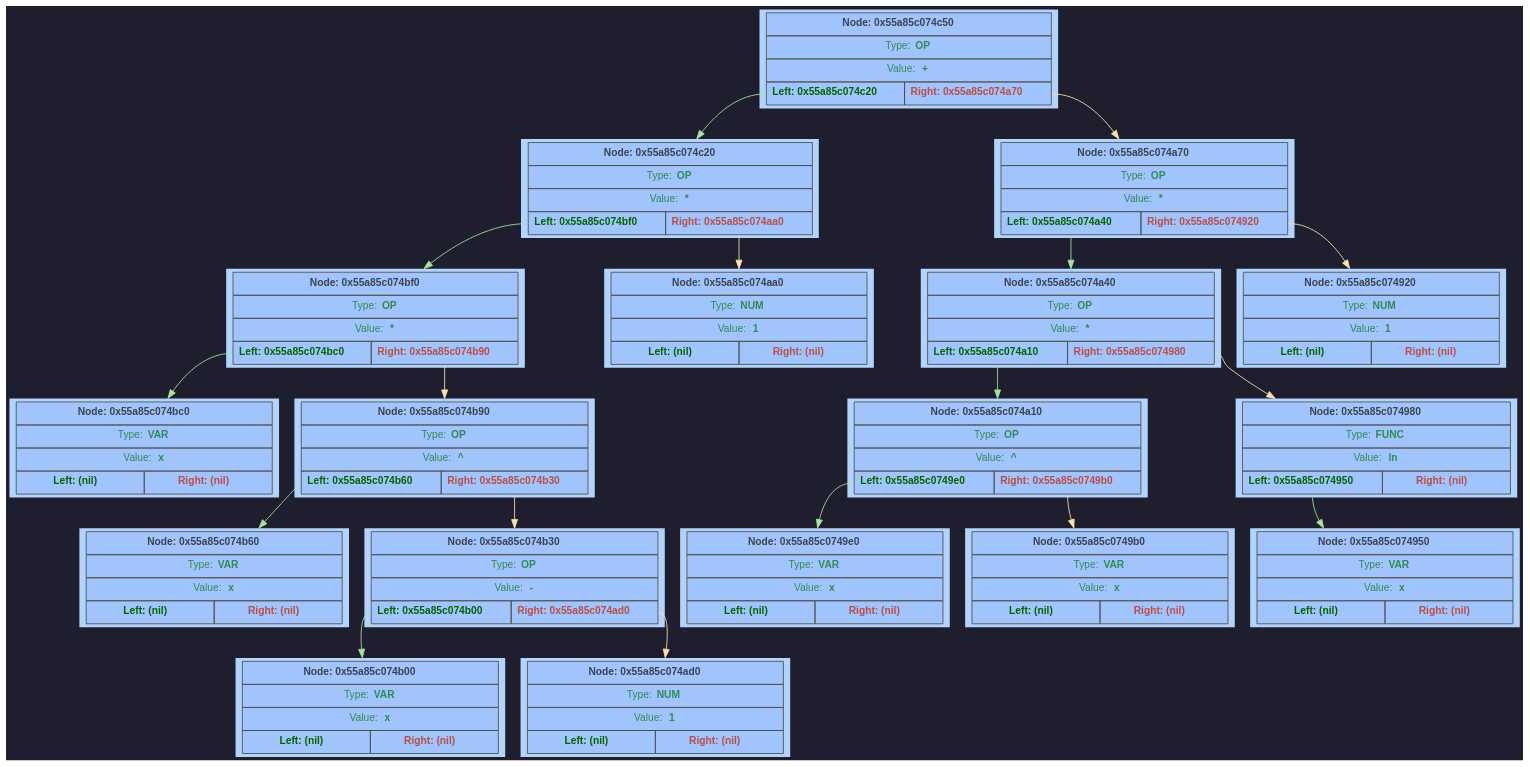
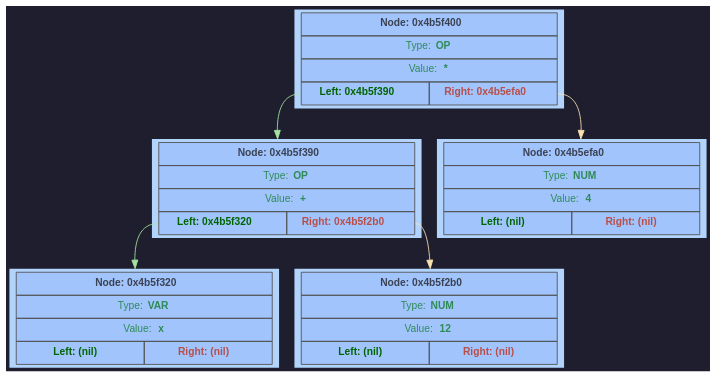
Before and after one commit to F1merhub/Differencator: the diagram in GraphDump/dump.dot, drawn with Graphviz. The commit also changed 35 other files, not shown here.

```diff
--- a/GraphDump/dump.dot
+++ b/GraphDump/dump.dot
@@ -2,39 +2,29 @@
 	rankdir = TB;
 	bgcolor="#1e1e2e";
 	node [shape=rectangle, style=filled, fontname=Helvetica, fontsize=12, fillcolor="#89b4fa", color="#cba6f7", fontcolor="#1e1e2e"];
-	node0x55a85c074c50 [shape=plaintext; style=filled; color="#fcf0d2"; fillcolor="#b2d4fc"; label = <
+	node0x4b5f400 [shape=plaintext; style=filled; color="#fcf0d2"; fillcolor="#b2d4fc"; label = <
 		<table BORDER="0" CELLBORDER="1" CELLSPACING="0" CELLPADDING="6" BGCOLOR="#a1c4fd" COLOR="#4f4f4f">
-			<tr><td align='center' colspan='2'><FONT COLOR='#3b4252'><b>Node: 0x55a85c074c50</b></FONT></td></tr>
+			<tr><td align='center' colspan='2'><FONT COLOR='#3b4252'><b>Node: 0x4b5f400</b></FONT></td></tr>
+			<tr><td align='center' colspan='2'><FONT COLOR='#2e8b57'>Type: <b>OP</b></FONT></td></tr>
+			<tr><td align='center' colspan='2'><FONT COLOR='#2e8b57'>Value: <b>*</b></FONT></td></tr>
+			<tr>
+				<td WIDTH='150' PORT='left' align='center'><FONT COLOR='#006400'><b>Left: 0x4b5f390</b></FONT></td>
+				<td WIDTH='150' PORT='right' align='center'><FONT COLOR='#b94e48'><b>Right: 0x4b5efa0</b></FONT></td>
+			</tr>
+		</table> >];
+	node0x4b5f390 [shape=plaintext; style=filled; color="#fcf0d2"; fillcolor="#b2d4fc"; label = <
+		<table BORDER="0" CELLBORDER="1" CELLSPACING="0" CELLPADDING="6" BGCOLOR="#a1c4fd" COLOR="#4f4f4f">
+			<tr><td align='center' colspan='2'><FONT COLOR='#3b4252'><b>Node: 0x4b5f390</b></FONT></td></tr>
 			<tr><td align='center' colspan='2'><FONT COLOR='#2e8b57'>Type: <b>OP</b></FONT></td></tr>
 			<tr><td align='center' colspan='2'><FONT COLOR='#2e8b57'>Value: <b>+</b></FONT></td></tr>
 			<tr>
-				<td WIDTH='150' PORT='left' align='center'><FONT COLOR='#006400'><b>Left: 0x55a85c074c20</b></FONT></td>
-				<td WIDTH='150' PORT='right' align='center'><FONT COLOR='#b94e48'><b>Right: 0x55a85c074a70</b></FONT></td>
+				<td WIDTH='150' PORT='left' align='center'><FONT COLOR='#006400'><b>Left: 0x4b5f320</b></FONT></td>
+				<td WIDTH='150' PORT='right' align='center'><FONT COLOR='#b94e48'><b>Right: 0x4b5f2b0</b></FONT></td>
 			</tr>
 		</table> >];
-	node0x55a85c074c20 [shape=plaintext; style=filled; color="#fcf0d2"; fillcolor="#b2d4fc"; label = <
+	node0x4b5f320 [shape=plaintext; style=filled; color="#fcf0d2"; fillcolor="#b2d4fc"; label = <
 		<table BORDER="0" CELLBORDER="1" CELLSPACING="0" CELLPADDING="6" BGCOLOR="#a1c4fd" COLOR="#4f4f4f">
-			<tr><td align='center' colspan='2'><FONT COLOR='#3b4252'><b>Node: 0x55a85c074c20</b></FONT></td></tr>
-			<tr><td align='center' colspan='2'><FONT COLOR='#2e8b57'>Type: <b>OP</b></FONT></td></tr>
-			<tr><td align='center' colspan='2'><FONT COLOR='#2e8b57'>Value: <b>*</b></FONT></td></tr>
-			<tr>
-				<td WIDTH='150' PORT='left' align='center'><FONT COLOR='#006400'><b>Left: 0x55a85c074bf0</b></FONT></td>
-				<td WIDTH='150' PORT='right' align='center'><FONT COLOR='#b94e48'><b>Right: 0x55a85c074aa0</b></FONT></td>
-			</tr>
-		</table> >];
-	node0x55a85c074bf0 [shape=plaintext; style=filled; color="#fcf0d2"; fillcolor="#b2d4fc"; label = <
-		<table BORDER="0" CELLBORDER="1" CELLSPACING="0" CELLPADDING="6" BGCOLOR="#a1c4fd" COLOR="#4f4f4f">
-			<tr><td align='center' colspan='2'><FONT COLOR='#3b4252'><b>Node: 0x55a85c074bf0</b></FONT></td></tr>
-			<tr><td align='center' colspan='2'><FONT COLOR='#2e8b57'>Type: <b>OP</b></FONT></td></tr>
-			<tr><td align='center' colspan='2'><FONT COLOR='#2e8b57'>Value: <b>*</b></FONT></td></tr>
-			<tr>
-				<td WIDTH='150' PORT='left' align='center'><FONT COLOR='#006400'><b>Left: 0x55a85c074bc0</b></FONT></td>
-				<td WIDTH='150' PORT='right' align='center'><FONT COLOR='#b94e48'><b>Right: 0x55a85c074b90</b></FONT></td>
-			</tr>
-		</table> >];
-	node0x55a85c074bc0 [shape=plaintext; style=filled; color="#fcf0d2"; fillcolor="#b2d4fc"; label = <
-		<table BORDER="0" CELLBORDER="1" CELLSPACING="0" CELLPADDING="6" BGCOLOR="#a1c4fd" COLOR="#4f4f4f">
-			<tr><td align='center' colspan='2'><FONT COLOR='#3b4252'><b>Node: 0x55a85c074bc0</b></FONT></td></tr>
+			<tr><td align='center' colspan='2'><FONT COLOR='#3b4252'><b>Node: 0x4b5f320</b></FONT></td></tr>
 			<tr><td align='center' colspan='2'><FONT COLOR='#2e8b57'>Type: <b>VAR</b></FONT></td></tr>
 			<tr><td align='center' colspan='2'><FONT COLOR='#2e8b57'>Value: <b>x</b></FONT></td></tr>
 			<tr>
@@ -42,161 +32,28 @@
 				<td WIDTH='150' PORT='right' align='center'><FONT COLOR='#b94e48'><b>Right: (nil)</b></FONT></td>
 			</tr>
 		</table> >];
-	node0x55a85c074bf0:left -> node0x55a85c074bc0 [color="#a6e3a1"]
-	node0x55a85c074b90 [shape=plaintext; style=filled; color="#fcf0d2"; fillcolor="#b2d4fc"; label = <
+	node0x4b5f390:left -> node0x4b5f320 [color="#a6e3a1"]
+	node0x4b5f2b0 [shape=plaintext; style=filled; color="#fcf0d2"; fillcolor="#b2d4fc"; label = <
 		<table BORDER="0" CELLBORDER="1" CELLSPACING="0" CELLPADDING="6" BGCOLOR="#a1c4fd" COLOR="#4f4f4f">
-			<tr><td align='center' colspan='2'><FONT COLOR='#3b4252'><b>Node: 0x55a85c074b90</b></FONT></td></tr>
-			<tr><td align='center' colspan='2'><FONT COLOR='#2e8b57'>Type: <b>OP</b></FONT></td></tr>
-			<tr><td align='center' colspan='2'><FONT COLOR='#2e8b57'>Value: <b>^</b></FONT></td></tr>
-			<tr>
-				<td WIDTH='150' PORT='left' align='center'><FONT COLOR='#006400'><b>Left: 0x55a85c074b60</b></FONT></td>
-				<td WIDTH='150' PORT='right' align='center'><FONT COLOR='#b94e48'><b>Right: 0x55a85c074b30</b></FONT></td>
-			</tr>
-		</table> >];
-	node0x55a85c074b60 [shape=plaintext; style=filled; color="#fcf0d2"; fillcolor="#b2d4fc"; label = <
-		<table BORDER="0" CELLBORDER="1" CELLSPACING="0" CELLPADDING="6" BGCOLOR="#a1c4fd" COLOR="#4f4f4f">
-			<tr><td align='center' colspan='2'><FONT COLOR='#3b4252'><b>Node: 0x55a85c074b60</b></FONT></td></tr>
-			<tr><td align='center' colspan='2'><FONT COLOR='#2e8b57'>Type: <b>VAR</b></FONT></td></tr>
-			<tr><td align='center' colspan='2'><FONT COLOR='#2e8b57'>Value: <b>x</b></FONT></td></tr>
+			<tr><td align='center' colspan='2'><FONT COLOR='#3b4252'><b>Node: 0x4b5f2b0</b></FONT></td></tr>
+			<tr><td align='center' colspan='2'><FONT COLOR='#2e8b57'>Type: <b>NUM</b></FONT></td></tr>
+			<tr><td align='center' colspan='2'><FONT COLOR='#2e8b57'>Value: <b>12</b></FONT></td></tr>
 			<tr>
 				<td WIDTH='150' PORT='left' align='center'><FONT COLOR='#006400'><b>Left: (nil)</b></FONT></td>
 				<td WIDTH='150' PORT='right' align='center'><FONT COLOR='#b94e48'><b>Right: (nil)</b></FONT></td>
 			</tr>
 		</table> >];
-	node0x55a85c074b90:left -> node0x55a85c074b60 [color="#a6e3a1"]
-	node0x55a85c074b30 [shape=plaintext; style=filled; color="#fcf0d2"; fillcolor="#b2d4fc"; label = <
+	node0x4b5f390:right -> node0x4b5f2b0 [color="#f9e2af"]
+	node0x4b5f400:left -> node0x4b5f390 [color="#a6e3a1"]
+	node0x4b5efa0 [shape=plaintext; style=filled; color="#fcf0d2"; fillcolor="#b2d4fc"; label = <
 		<table BORDER="0" CELLBORDER="1" CELLSPACING="0" CELLPADDING="6" BGCOLOR="#a1c4fd" COLOR="#4f4f4f">
-			<tr><td align='center' colspan='2'><FONT COLOR='#3b4252'><b>Node: 0x55a85c074b30</b></FONT></td></tr>
-			<tr><td align='center' colspan='2'><FONT COLOR='#2e8b57'>Type: <b>OP</b></FONT></td></tr>
-			<tr><td align='center' colspan='2'><FONT COLOR='#2e8b57'>Value: <b>-</b></FONT></td></tr>
-			<tr>
-				<td WIDTH='150' PORT='left' align='center'><FONT COLOR='#006400'><b>Left: 0x55a85c074b00</b></FONT></td>
-				<td WIDTH='150' PORT='right' align='center'><FONT COLOR='#b94e48'><b>Right: 0x55a85c074ad0</b></FONT></td>
-			</tr>
-		</table> >];
-	node0x55a85c074b00 [shape=plaintext; style=filled; color="#fcf0d2"; fillcolor="#b2d4fc"; label = <
-		<table BORDER="0" CELLBORDER="1" CELLSPACING="0" CELLPADDING="6" BGCOLOR="#a1c4fd" COLOR="#4f4f4f">
-			<tr><td align='center' colspan='2'><FONT COLOR='#3b4252'><b>Node: 0x55a85c074b00</b></FONT></td></tr>
-			<tr><td align='center' colspan='2'><FONT COLOR='#2e8b57'>Type: <b>VAR</b></FONT></td></tr>
-			<tr><td align='center' colspan='2'><FONT COLOR='#2e8b57'>Value: <b>x</b></FONT></td></tr>
+			<tr><td align='center' colspan='2'><FONT COLOR='#3b4252'><b>Node: 0x4b5efa0</b></FONT></td></tr>
+			<tr><td align='center' colspan='2'><FONT COLOR='#2e8b57'>Type: <b>NUM</b></FONT></td></tr>
+			<tr><td align='center' colspan='2'><FONT COLOR='#2e8b57'>Value: <b>4</b></FONT></td></tr>
 			<tr>
 				<td WIDTH='150' PORT='left' align='center'><FONT COLOR='#006400'><b>Left: (nil)</b></FONT></td>
 				<td WIDTH='150' PORT='right' align='center'><FONT COLOR='#b94e48'><b>Right: (nil)</b></FONT></td>
 			</tr>
 		</table> >];
-	node0x55a85c074b30:left -> node0x55a85c074b00 [color="#a6e3a1"]
-	node0x55a85c074ad0 [shape=plaintext; style=filled; color="#fcf0d2"; fillcolor="#b2d4fc"; label = <
-		<table BORDER="0" CELLBORDER="1" CELLSPACING="0" CELLPADDING="6" BGCOLOR="#a1c4fd" COLOR="#4f4f4f">
-			<tr><td align='center' colspan='2'><FONT COLOR='#3b4252'><b>Node: 0x55a85c074ad0</b></FONT></td></tr>
-			<tr><td align='center' colspan='2'><FONT COLOR='#2e8b57'>Type: <b>NUM</b></FONT></td></tr>
-			<tr><td align='center' colspan='2'><FONT COLOR='#2e8b57'>Value: <b>1</b></FONT></td></tr>
-			<tr>
-				<td WIDTH='150' PORT='left' align='center'><FONT COLOR='#006400'><b>Left: (nil)</b></FONT></td>
-				<td WIDTH='150' PORT='right' align='center'><FONT COLOR='#b94e48'><b>Right: (nil)</b></FONT></td>
-			</tr>
-		</table> >];
-	node0x55a85c074b30:right -> node0x55a85c074ad0 [color="#f9e2af"]
-	node0x55a85c074b90:right -> node0x55a85c074b30 [color="#f9e2af"]
-	node0x55a85c074bf0:right -> node0x55a85c074b90 [color="#f9e2af"]
-	node0x55a85c074c20:left -> node0x55a85c074bf0 [color="#a6e3a1"]
-	node0x55a85c074aa0 [shape=plaintext; style=filled; color="#fcf0d2"; fillcolor="#b2d4fc"; label = <
-		<table BORDER="0" CELLBORDER="1" CELLSPACING="0" CELLPADDING="6" BGCOLOR="#a1c4fd" COLOR="#4f4f4f">
-			<tr><td align='center' colspan='2'><FONT COLOR='#3b4252'><b>Node: 0x55a85c074aa0</b></FONT></td></tr>
-			<tr><td align='center' colspan='2'><FONT COLOR='#2e8b57'>Type: <b>NUM</b></FONT></td></tr>
-			<tr><td align='center' colspan='2'><FONT COLOR='#2e8b57'>Value: <b>1</b></FONT></td></tr>
-			<tr>
-				<td WIDTH='150' PORT='left' align='center'><FONT COLOR='#006400'><b>Left: (nil)</b></FONT></td>
-				<td WIDTH='150' PORT='right' align='center'><FONT COLOR='#b94e48'><b>Right: (nil)</b></FONT></td>
-			</tr>
-		</table> >];
-	node0x55a85c074c20:right -> node0x55a85c074aa0 [color="#f9e2af"]
-	node0x55a85c074c50:left -> node0x55a85c074c20 [color="#a6e3a1"]
-	node0x55a85c074a70 [shape=plaintext; style=filled; color="#fcf0d2"; fillcolor="#b2d4fc"; label = <
-		<table BORDER="0" CELLBORDER="1" CELLSPACING="0" CELLPADDING="6" BGCOLOR="#a1c4fd" COLOR="#4f4f4f">
-			<tr><td align='center' colspan='2'><FONT COLOR='#3b4252'><b>Node: 0x55a85c074a70</b></FONT></td></tr>
-			<tr><td align='center' colspan='2'><FONT COLOR='#2e8b57'>Type: <b>OP</b></FONT></td></tr>
-			<tr><td align='center' colspan='2'><FONT COLOR='#2e8b57'>Value: <b>*</b></FONT></td></tr>
-			<tr>
-				<td WIDTH='150' PORT='left' align='center'><FONT COLOR='#006400'><b>Left: 0x55a85c074a40</b></FONT></td>
-				<td WIDTH='150' PORT='right' align='center'><FONT COLOR='#b94e48'><b>Right: 0x55a85c074920</b></FONT></td>
-			</tr>
-		</table> >];
-	node0x55a85c074a40 [shape=plaintext; style=filled; color="#fcf0d2"; fillcolor="#b2d4fc"; label = <
-		<table BORDER="0" CELLBORDER="1" CELLSPACING="0" CELLPADDING="6" BGCOLOR="#a1c4fd" COLOR="#4f4f4f">
-			<tr><td align='center' colspan='2'><FONT COLOR='#3b4252'><b>Node: 0x55a85c074a40</b></FONT></td></tr>
-			<tr><td align='center' colspan='2'><FONT COLOR='#2e8b57'>Type: <b>OP</b></FONT></td></tr>
-			<tr><td align='center' colspan='2'><FONT COLOR='#2e8b57'>Value: <b>*</b></FONT></td></tr>
-			<tr>
-				<td WIDTH='150' PORT='left' align='center'><FONT COLOR='#006400'><b>Left: 0x55a85c074a10</b></FONT></td>
-				<td WIDTH='150' PORT='right' align='center'><FONT COLOR='#b94e48'><b>Right: 0x55a85c074980</b></FONT></td>
-			</tr>
-		</table> >];
-	node0x55a85c074a10 [shape=plaintext; style=filled; color="#fcf0d2"; fillcolor="#b2d4fc"; label = <
-		<table BORDER="0" CELLBORDER="1" CELLSPACING="0" CELLPADDING="6" BGCOLOR="#a1c4fd" COLOR="#4f4f4f">
-			<tr><td align='center' colspan='2'><FONT COLOR='#3b4252'><b>Node: 0x55a85c074a10</b></FONT></td></tr>
-			<tr><td align='center' colspan='2'><FONT COLOR='#2e8b57'>Type: <b>OP</b></FONT></td></tr>
-			<tr><td align='center' colspan='2'><FONT COLOR='#2e8b57'>Value: <b>^</b></FONT></td></tr>
-			<tr>
-				<td WIDTH='150' PORT='left' align='center'><FONT COLOR='#006400'><b>Left: 0x55a85c0749e0</b></FONT></td>
-				<td WIDTH='150' PORT='right' align='center'><FONT COLOR='#b94e48'><b>Right: 0x55a85c0749b0</b></FONT></td>
-			</tr>
-		</table> >];
-	node0x55a85c0749e0 [shape=plaintext; style=filled; color="#fcf0d2"; fillcolor="#b2d4fc"; label = <
-		<table BORDER="0" CELLBORDER="1" CELLSPACING="0" CELLPADDING="6" BGCOLOR="#a1c4fd" COLOR="#4f4f4f">
-			<tr><td align='center' colspan='2'><FONT COLOR='#3b4252'><b>Node: 0x55a85c0749e0</b></FONT></td></tr>
-			<tr><td align='center' colspan='2'><FONT COLOR='#2e8b57'>Type: <b>VAR</b></FONT></td></tr>
-			<tr><td align='center' colspan='2'><FONT COLOR='#2e8b57'>Value: <b>x</b></FONT></td></tr>
-			<tr>
-				<td WIDTH='150' PORT='left' align='center'><FONT COLOR='#006400'><b>Left: (nil)</b></FONT></td>
-				<td WIDTH='150' PORT='right' align='center'><FONT COLOR='#b94e48'><b>Right: (nil)</b></FONT></td>
-			</tr>
-		</table> >];
-	node0x55a85c074a10:left -> node0x55a85c0749e0 [color="#a6e3a1"]
-	node0x55a85c0749b0 [shape=plaintext; style=filled; color="#fcf0d2"; fillcolor="#b2d4fc"; label = <
-		<table BORDER="0" CELLBORDER="1" CELLSPACING="0" CELLPADDING="6" BGCOLOR="#a1c4fd" COLOR="#4f4f4f">
-			<tr><td align='center' colspan='2'><FONT COLOR='#3b4252'><b>Node: 0x55a85c0749b0</b></FONT></td></tr>
-			<tr><td align='center' colspan='2'><FONT COLOR='#2e8b57'>Type: <b>VAR</b></FONT></td></tr>
-			<tr><td align='center' colspan='2'><FONT COLOR='#2e8b57'>Value: <b>x</b></FONT></td></tr>
-			<tr>
-				<td WIDTH='150' PORT='left' align='center'><FONT COLOR='#006400'><b>Left: (nil)</b></FONT></td>
-				<td WIDTH='150' PORT='right' align='center'><FONT COLOR='#b94e48'><b>Right: (nil)</b></FONT></td>
-			</tr>
-		</table> >];
-	node0x55a85c074a10:right -> node0x55a85c0749b0 [color="#f9e2af"]
-	node0x55a85c074a40:left -> node0x55a85c074a10 [color="#a6e3a1"]
-	node0x55a85c074980 [shape=plaintext; style=filled; color="#fcf0d2"; fillcolor="#b2d4fc"; label = <
-		<table BORDER="0" CELLBORDER="1" CELLSPACING="0" CELLPADDING="6" BGCOLOR="#a1c4fd" COLOR="#4f4f4f">
-			<tr><td align='center' colspan='2'><FONT COLOR='#3b4252'><b>Node: 0x55a85c074980</b></FONT></td></tr>
-			<tr><td align='center' colspan='2'><FONT COLOR='#2e8b57'>Type: <b>FUNC</b></FONT></td></tr>
-			<tr><td align='center' colspan='2'><FONT COLOR='#2e8b57'>Value: <b>ln</b></FONT></td></tr>
-			<tr>
-				<td WIDTH='150' PORT='left' align='center'><FONT COLOR='#006400'><b>Left: 0x55a85c074950</b></FONT></td>
-				<td WIDTH='150' PORT='right' align='center'><FONT COLOR='#b94e48'><b>Right: (nil)</b></FONT></td>
-			</tr>
-		</table> >];
-	node0x55a85c074950 [shape=plaintext; style=filled; color="#fcf0d2"; fillcolor="#b2d4fc"; label = <
-		<table BORDER="0" CELLBORDER="1" CELLSPACING="0" CELLPADDING="6" BGCOLOR="#a1c4fd" COLOR="#4f4f4f">
-			<tr><td align='center' colspan='2'><FONT COLOR='#3b4252'><b>Node: 0x55a85c074950</b></FONT></td></tr>
-			<tr><td align='center' colspan='2'><FONT COLOR='#2e8b57'>Type: <b>VAR</b></FONT></td></tr>
-			<tr><td align='center' colspan='2'><FONT COLOR='#2e8b57'>Value: <b>x</b></FONT></td></tr>
-			<tr>
-				<td WIDTH='150' PORT='left' align='center'><FONT COLOR='#006400'><b>Left: (nil)</b></FONT></td>
-				<td WIDTH='150' PORT='right' align='center'><FONT COLOR='#b94e48'><b>Right: (nil)</b></FONT></td>
-			</tr>
-		</table> >];
-	node0x55a85c074980:left -> node0x55a85c074950 [color="#a6e3a1"]
-	node0x55a85c074a40:right -> node0x55a85c074980 [color="#f9e2af"]
-	node0x55a85c074a70:left -> node0x55a85c074a40 [color="#a6e3a1"]
-	node0x55a85c074920 [shape=plaintext; style=filled; color="#fcf0d2"; fillcolor="#b2d4fc"; label = <
-		<table BORDER="0" CELLBORDER="1" CELLSPACING="0" CELLPADDING="6" BGCOLOR="#a1c4fd" COLOR="#4f4f4f">
-			<tr><td align='center' colspan='2'><FONT COLOR='#3b4252'><b>Node: 0x55a85c074920</b></FONT></td></tr>
-			<tr><td align='center' colspan='2'><FONT COLOR='#2e8b57'>Type: <b>NUM</b></FONT></td></tr>
-			<tr><td align='center' colspan='2'><FONT COLOR='#2e8b57'>Value: <b>1</b></FONT></td></tr>
-			<tr>
-				<td WIDTH='150' PORT='left' align='center'><FONT COLOR='#006400'><b>Left: (nil)</b></FONT></td>
-				<td WIDTH='150' PORT='right' align='center'><FONT COLOR='#b94e48'><b>Right: (nil)</b></FONT></td>
-			</tr>
-		</table> >];
-	node0x55a85c074a70:right -> node0x55a85c074920 [color="#f9e2af"]
-	node0x55a85c074c50:right -> node0x55a85c074a70 [color="#f9e2af"]
+	node0x4b5f400:right -> node0x4b5efa0 [color="#f9e2af"]
 }
```
